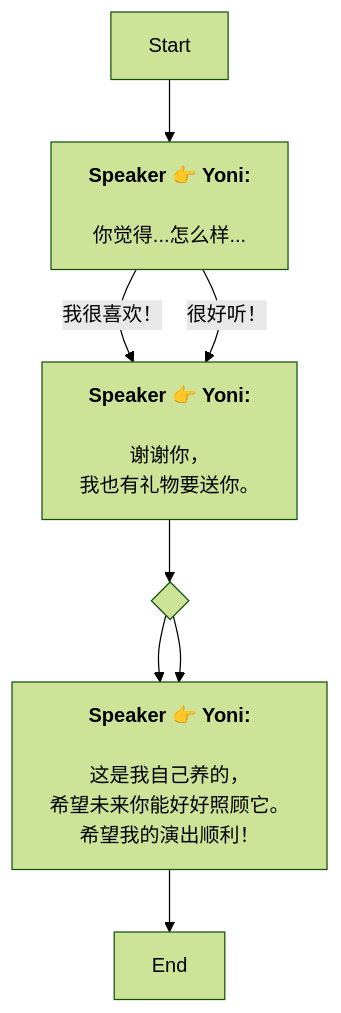
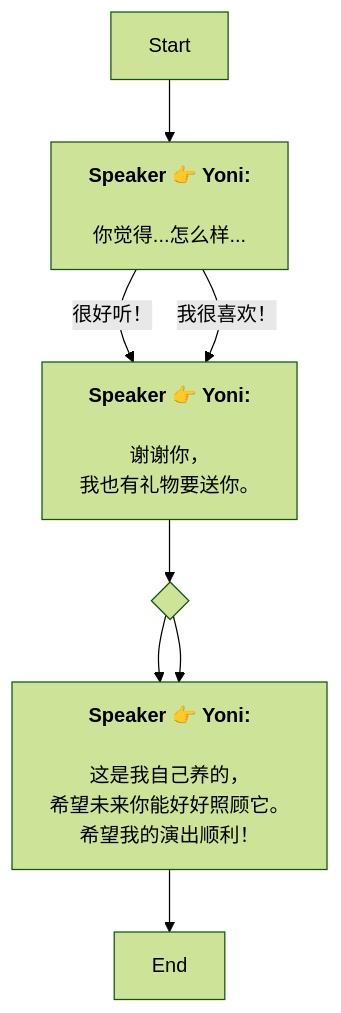
Before and after one commit to SoftHu/tos_avg: the diagram in Zh/QuestStartTalkENode_1741644675494136.md, drawn with Mermaid (forest theme). The commit also changed other lines of this file and 780 other files, not shown here.

````diff
--- a/Zh/QuestStartTalkENode_1741644675494136.md
+++ b/Zh/QuestStartTalkENode_1741644675494136.md
@@ -1,20 +1,20 @@
 ```mermaid
 graph
 Start -->1741644696142075[<b>Speaker 👉 Yoni:</b>
 \n你觉得...怎么样...]
-1741644696142075 -->|我很喜欢！|1741644780826881[<b>Speaker 👉 Yoni:</b>
+1741644696142075 -->|很好听！|1741644780826881[<b>Speaker 👉 Yoni:</b>
 \n谢谢你，
 我也有礼物要送你。]
-1741644696142075 -->|很好听！|1741644780826881[<b>Speaker 👉 Yoni:</b>
+1741644696142075 -->|我很喜欢！|1741644780826881[<b>Speaker 👉 Yoni:</b>
 \n谢谢你，
 我也有礼物要送你。]
 1741644780826881 -->1741644798498050{ }
 1741644798498050 -->1741644967451907[<b>Speaker 👉 Yoni:</b>
 \n这是我自己养的，
 希望未来你能好好照顾它。\n希望我的演出顺利！]
 1741644798498050 -->1741644967451907[<b>Speaker 👉 Yoni:</b>
 \n这是我自己养的，
 希望未来你能好好照顾它。\n希望我的演出顺利！]
 1741644967451907 -->1741645063795972[End]
 
 ```
````
